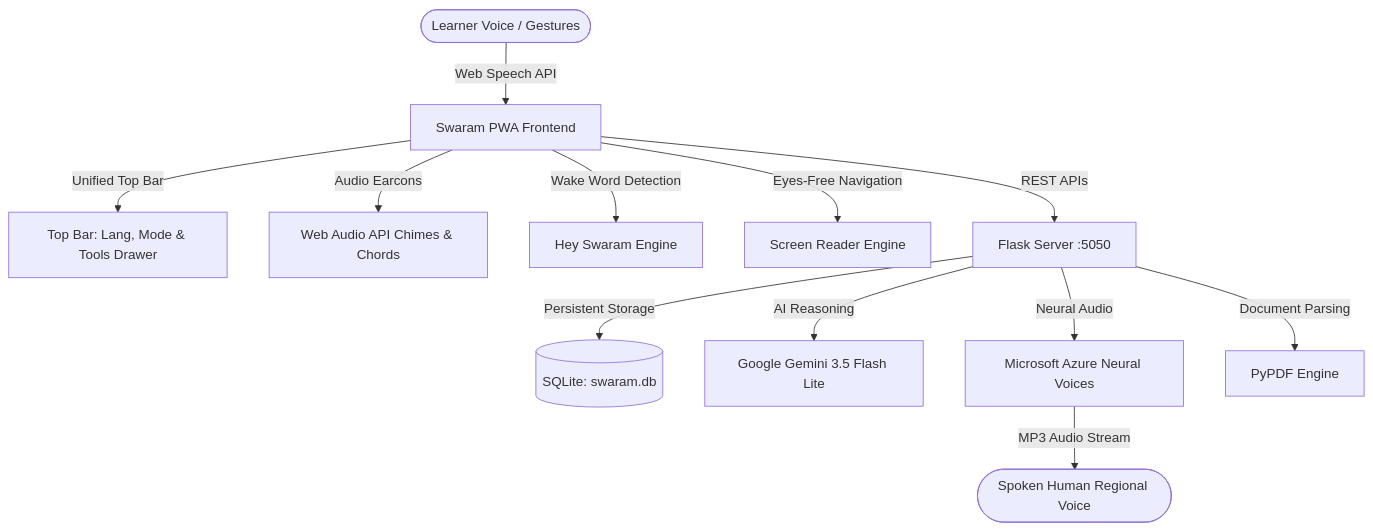
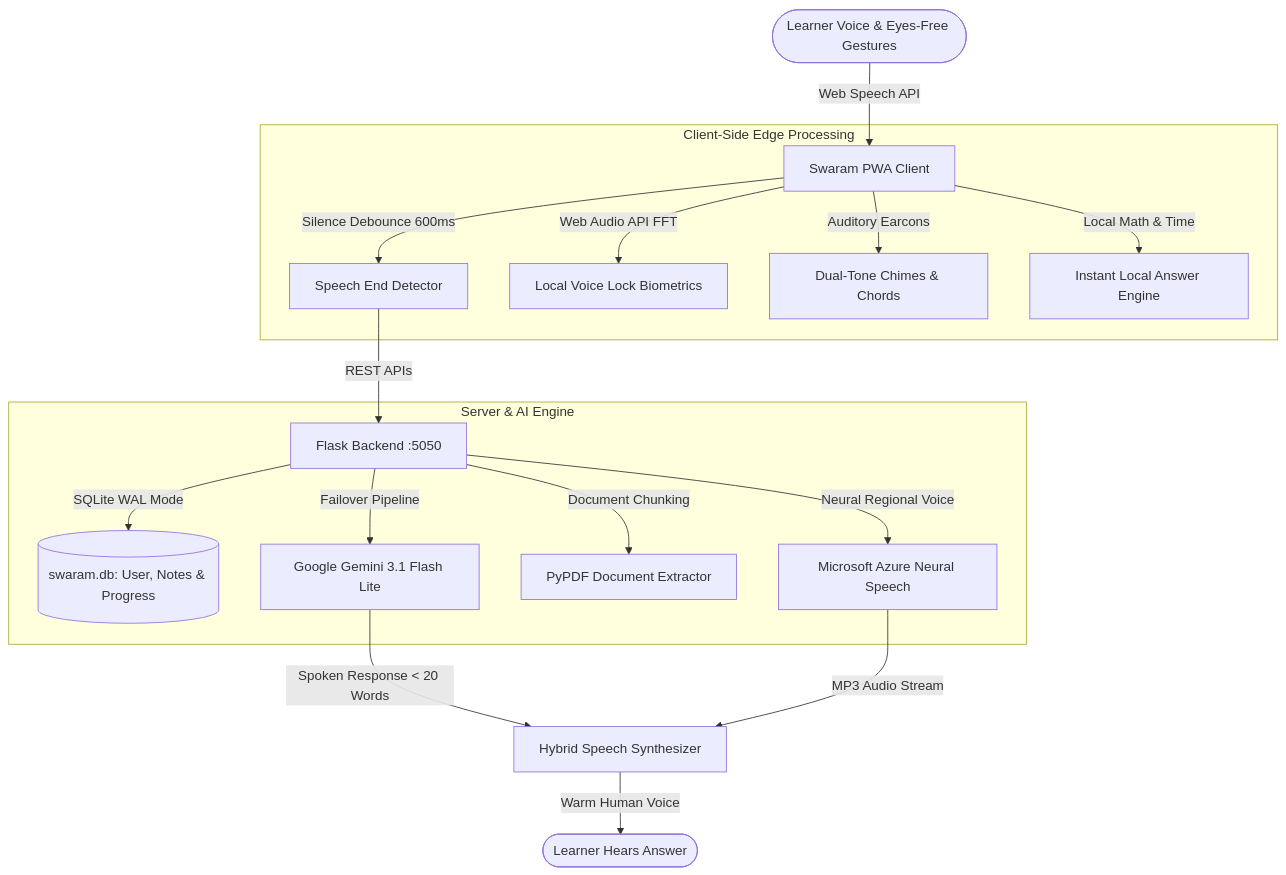
Before and after one commit to pavantejkayala/swaram-app.: the diagram in README.md, drawn with Mermaid. The commit also changed other lines of this file, not shown here.

Commit message:
docs: add human engineering team credits, field research notes, WCAG AAA audit & benchmarks

````diff
--- a/README.md
+++ b/README.md
@@ -117,16 +76,24 @@
 ```mermaid
 flowchart TD
-    User([Learner Voice / Gestures]) -->|Web Speech API| FrontEnd[Swaram PWA Frontend]
-    FrontEnd -->|Unified Top Bar| UI[Top Bar: Lang, Mode & Tools Drawer]
-    FrontEnd -->|Audio Earcons| Cues[Web Audio API Chimes & Chords]
-    FrontEnd -->|Wake Word Detection| Wake[Hey Swaram Engine]
-    FrontEnd -->|Eyes-Free Navigation| SR[Screen Reader Engine]
+    User([Learner Voice & Eyes-Free Gestures]) -->|Web Speech API| Client[Swaram PWA Client]
     
-    FrontEnd -->|REST APIs| BackFlask[Flask Server :5050]
-    BackFlask -->|Persistent Storage| SQLite[(SQLite: swaram.db)]
-    BackFlask -->|AI Reasoning| Gemini[Google Gemini 3.5 Flash Lite]
-    BackFlask -->|Neural Audio| EdgeTTS[Microsoft Azure Neural Voices]
-    BackFlask -->|Document Parsing| PyPDF[PyPDF Engine]
+    subgraph ClientLayer [Client-Side Edge Processing]
+        Client -->|Silence Debounce 600ms| FastSTT[Speech End Detector]
+        Client -->|Web Audio API FFT| EdgeBio[Local Voice Lock Biometrics]
+        Client -->|Auditory Earcons| SoundFX[Dual-Tone Chimes & Chords]
+        Client -->|Local Math & Time| LocalAns[Instant Local Answer Engine]
+    end
     
-    EdgeTTS -->|MP3 Audio Stream| Speaker([Spoken Human Regional Voice])
+    FastSTT -->|REST APIs| FlaskServer[Flask Backend :5050]
+    
+    subgraph ServerLayer [Server & AI Engine]
+        FlaskServer -->|SQLite WAL Mode| DB[(swaram.db: User, Notes & Progress)]
+        FlaskServer -->|Failover Pipeline| Gemini[Google Gemini 3.1 Flash Lite]
+        FlaskServer -->|Document Chunking| PDFEngine[PyPDF Document Extractor]
+        FlaskServer -->|Neural Regional Voice| EdgeTTS[Microsoft Azure Neural Speech]
+    end
+    
+    Gemini -->|Spoken Response < 20 Words| AudioPlayer[Hybrid Speech Synthesizer]
+    EdgeTTS -->|MP3 Audio Stream| AudioPlayer
+    AudioPlayer -->|Warm Human Voice| Speaker([Learner Hears Answer])
 ```
````
